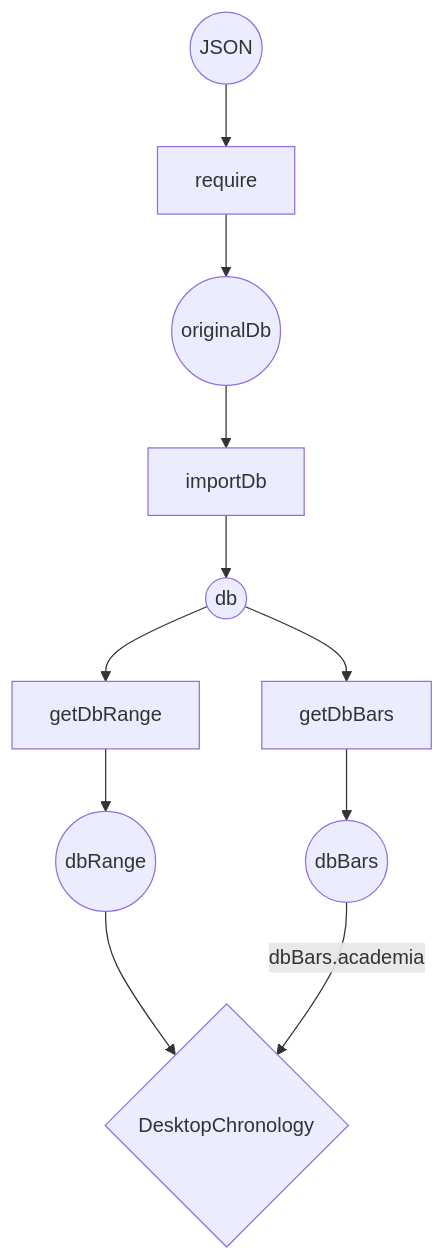
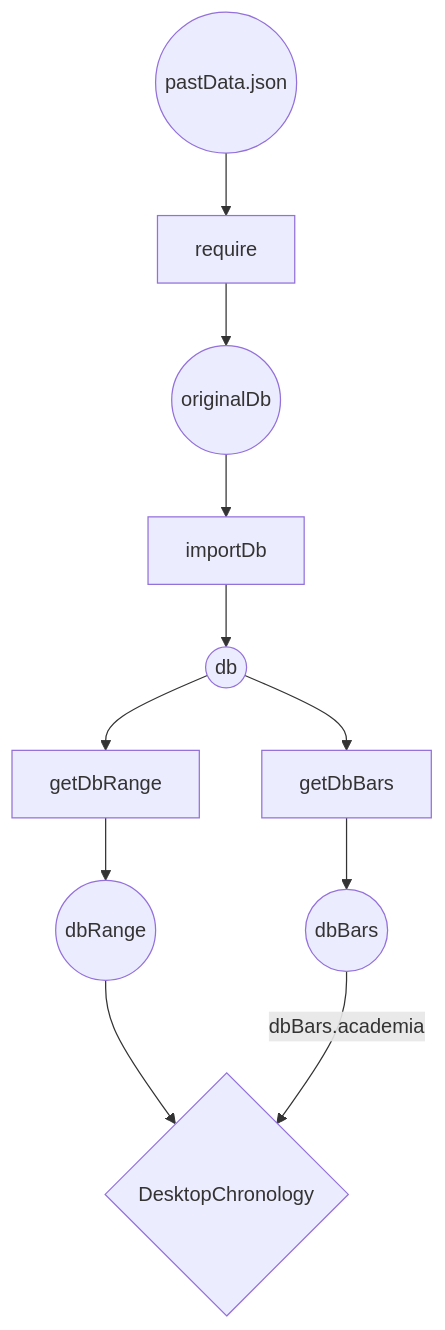
One commit to dtgoitia/dtgoitia.github.io changed the diagram in past.md. Above: the diagram before and after it, drawn with Mermaid. The commit also changed 2 other files, not shown here.

Commit message:
Update psatEntry.js tests to be more maintainable
Each step in the sequence  stored in a single object with 'actual' and
'expected' keys:
  - 'actual' key values obtained applying the functions to test on
    'actual' values obtained in previous steps.
  - 'expected' key values hardcoded.

This update was motivated by the fact that is not practical to update
the expected values if a new member is added to pastData.json entries.
It was necessary to optimize the cases to test, otherwise the
maintainability of the test suit would be unnecessarily painful.

````diff
--- a/past.md
+++ b/past.md
@@ -1,13 +1,13 @@
 ```mermaid
 graph TB
-  JSON((JSON)) --> require
+  JSON((pastData.json)) --> require
   require --> originalDb((originalDb))
   originalDb --> importDb
   importDb --> db((db))
   db --> getDbRange
   getDbRange --> dbRange((dbRange))
   dbRange -->DesktopChronology
   db --> getDbBars
   getDbBars --> dbBars((dbBars))
   dbBars -->|dbBars.academia|DesktopChronology{DesktopChronology}
 ```
````
